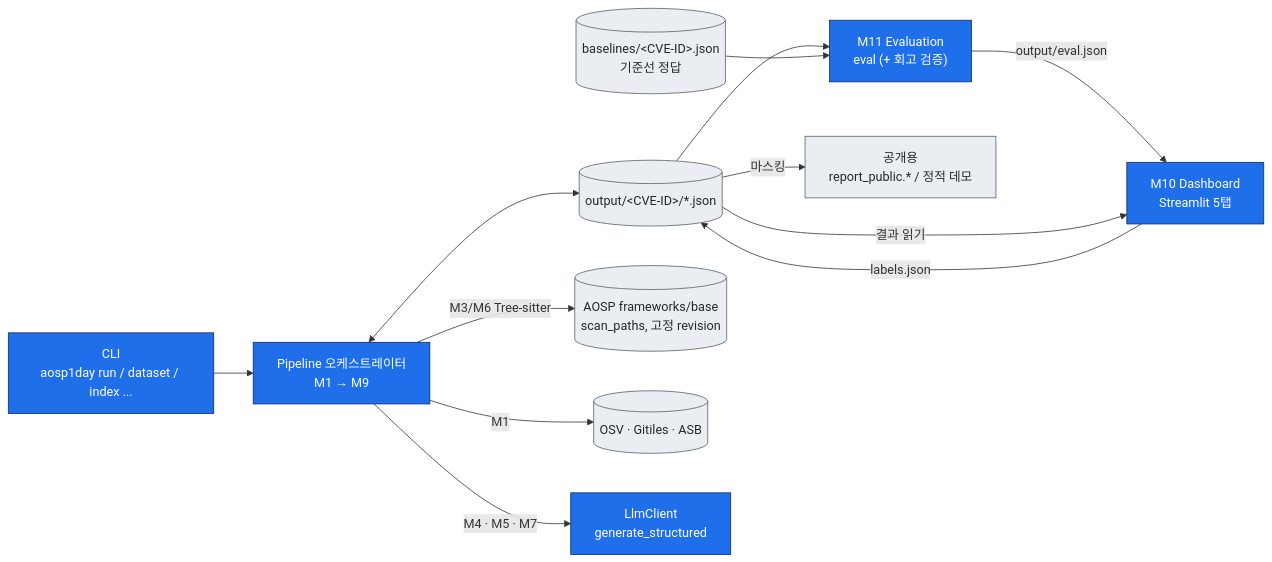
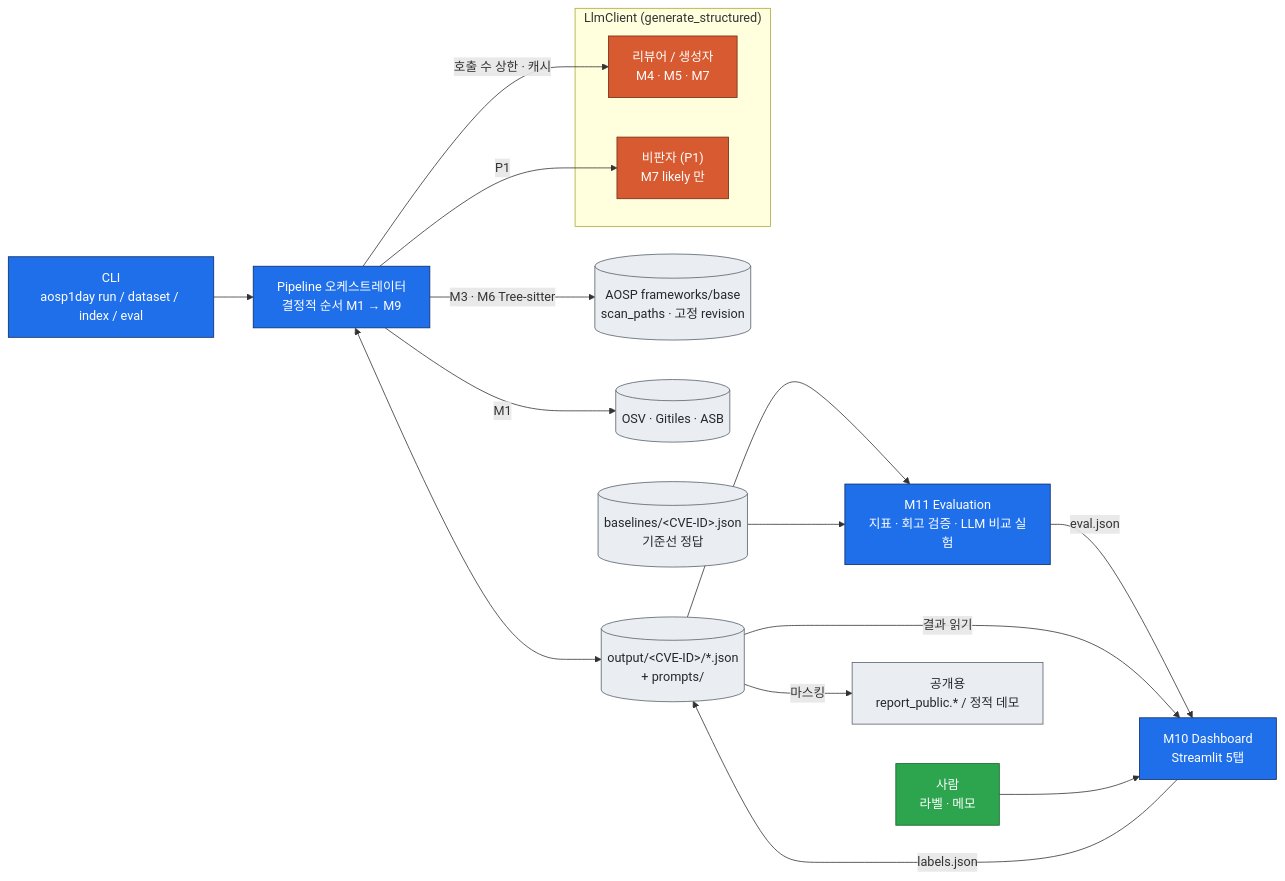
One commit to meonjalgwi/aosp-1day-pipeline changed the third of 9 diagrams in docs/architecture.md. Above: the diagram before and after it, drawn with Mermaid. The commit also changed other lines of this file and 3 other files, not shown here.

First line of the commit message:
docs: 구조도 v2.2와 LLM 사용·검증 구조 문서

````diff
--- a/docs/architecture.md
+++ b/docs/architecture.md
@@ -60,30 +112,36 @@
 ```mermaid
 flowchart LR
-    CLI["CLI<br/>aosp1day run / dataset / index ..."]
-    PIPE["Pipeline 오케스트레이터<br/>M1 → M9"]
-    STORE[("output/&lt;CVE-ID&gt;/*.json")]
-    BASE[("baselines/&lt;CVE-ID&gt;.json<br/>기준선 정답")]
-    AOSP[("AOSP frameworks/base<br/>scan_paths, 고정 revision")]
-    OSV[("OSV · Gitiles · ASB")]
-    LLM["LlmClient<br/>generate_structured"]
-    M11["M11 Evaluation<br/>eval (+ 회고 검증)"]
-    DASH["M10 Dashboard<br/>Streamlit 5탭"]
-    PUB["공개용<br/>report_public.* / 정적 데모"]
+    CLI["CLI<br/>aosp1day run / dataset / index / eval"]:::code
+    PIPE["Pipeline 오케스트레이터<br/>결정적 순서 M1 → M9"]:::code
+    STORE[("output/&lt;CVE-ID&gt;/*.json<br/>+ prompts/")]:::io
+    BASE[("baselines/&lt;CVE-ID&gt;.json<br/>기준선 정답")]:::io
+    AOSP[("AOSP frameworks/base<br/>scan_paths · 고정 revision")]:::io
+    OSV[("OSV · Gitiles · ASB")]:::io
+    subgraph LLMS["LlmClient (generate_structured)"]
+        REV["리뷰어 / 생성자<br/>M4 · M5 · M7"]:::llm
+        CRI["비판자 (P1)<br/>M7 likely 만"]:::llm
+    end
+    M11["M11 Evaluation<br/>지표 · 회고 검증 · LLM 비교 실험"]:::code
+    DASH["M10 Dashboard<br/>Streamlit 5탭"]:::code
+    PPL["사람<br/>라벨 · 메모"]:::human
+    PUB["공개용<br/>report_public.* / 정적 데모"]:::io
 
     CLI --> PIPE
     PIPE <--> STORE
-    PIPE -- "M1" --> OSV
-    PIPE -- "M3/M6 Tree-sitter" --> AOSP
-    PIPE -- "M4 · M5 · M7" --> LLM
+    PIPE -- M1 --> OSV
+    PIPE -- "M3 · M6 Tree-sitter" --> AOSP
+    PIPE -- "호출 수 상한 · 캐시" --> REV
+    PIPE -- "P1" --> CRI
     STORE --> M11
     BASE --> M11
-    M11 -- "output/eval.json" --> DASH
+    M11 -- eval.json --> DASH
     STORE -- 결과 읽기 --> DASH
-    DASH -- "labels.json" --> STORE
+    PPL --> DASH
+    DASH -- labels.json --> STORE
     STORE -- 마스킹 --> PUB
 
-    classDef svc fill:#1f6feb,stroke:#0b2a66,color:#fff;
-    classDef data fill:#eaeef2,stroke:#57606a,color:#24292f;
-    class PIPE,CLI,M11,DASH,LLM svc;
-    class STORE,BASE,AOSP,OSV,PUB data;
+    classDef code fill:#1f6feb,stroke:#0b2a66,color:#fff;
+    classDef llm fill:#d85a30,stroke:#712b13,color:#fff;
+    classDef human fill:#2da44e,stroke:#116329,color:#fff;
+    classDef io fill:#eaeef2,stroke:#57606a,color:#24292f;
 ```
````
